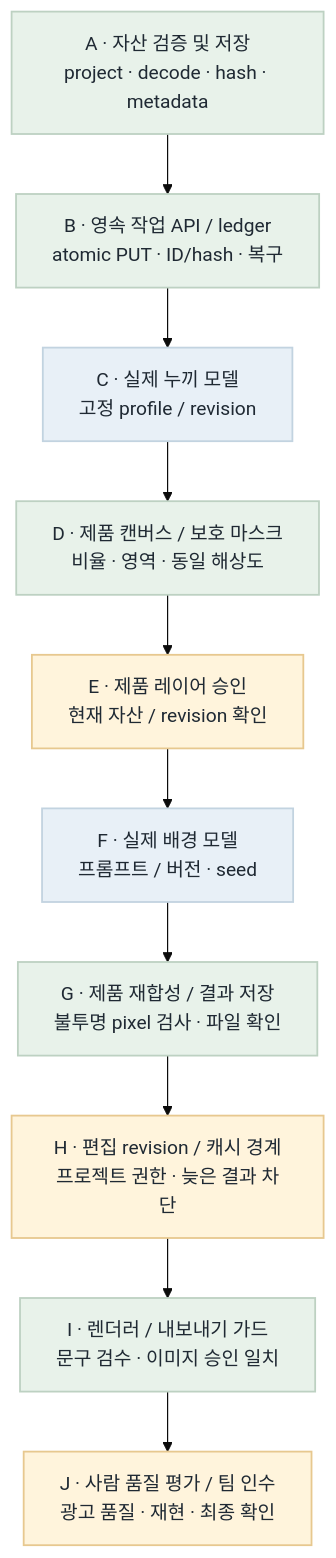
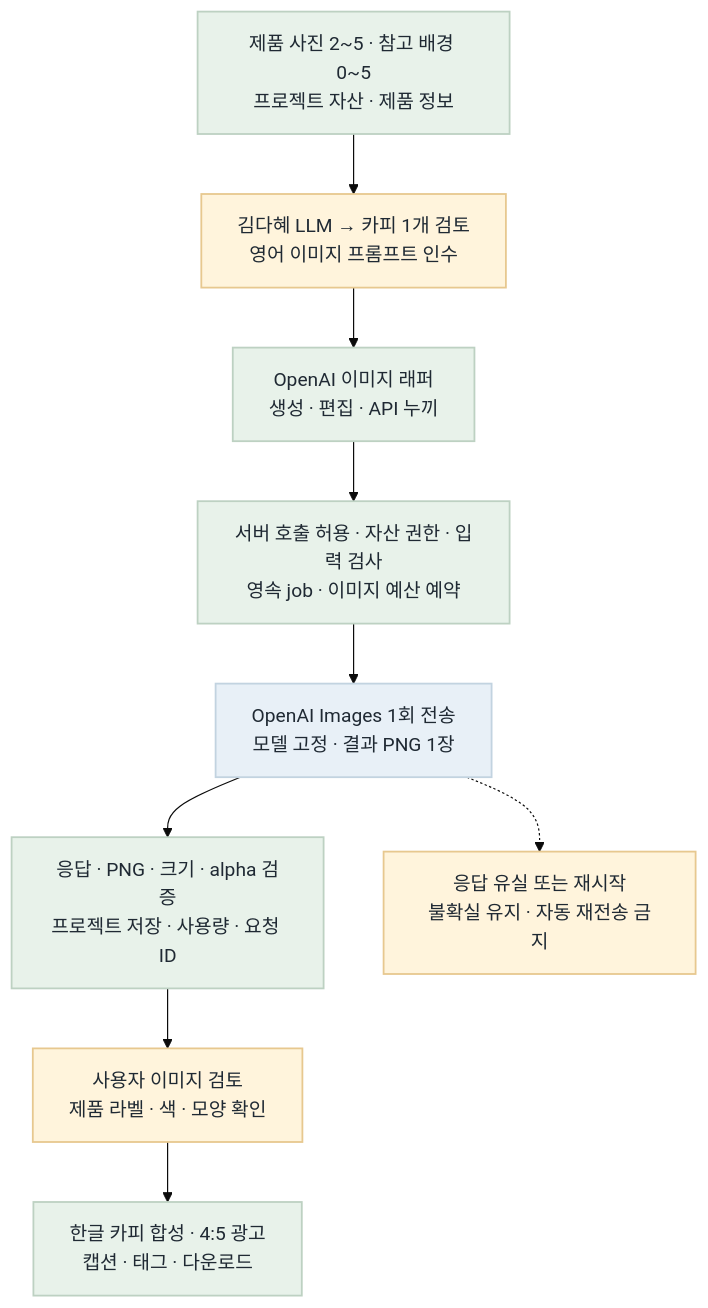
One commit to uyt5041-lab/beauty-ai-models changed the first of 2 diagrams in fivecircles/architecture/spec/image-runtime-flow.md. Above: the diagram before and after it, drawn with Mermaid (base theme). The commit also changed other lines of this file and 43 other files, not shown here.

Commit message:
feat: add guarded OpenAI image wrappers and API cutout

````diff
--- a/fivecircles/architecture/spec/image-runtime-flow.md
+++ b/fivecircles/architecture/spec/image-runtime-flow.md
@@ -13,19 +9,19 @@
 ```mermaid
 flowchart TB
-    A["A · 자산 검증 및 저장<br/>project · decode · hash · metadata"]:::green
-    B["B · 영속 작업 API / ledger<br/>atomic PUT · ID/hash · 복구"]:::green
-    C["C · 실제 누끼 모델<br/>고정 profile / revision"]:::blue
-    D["D · 제품 캔버스 / 보호 마스크<br/>비율 · 영역 · 동일 해상도"]:::green
-    E["E · 제품 레이어 승인<br/>현재 자산 / revision 확인"]:::amber
-    F["F · 실제 배경 모델<br/>프롬프트 / 버전 · seed"]:::blue
-    G["G · 제품 재합성 / 결과 저장<br/>불투명 pixel 검사 · 파일 확인"]:::green
-    H["H · 편집 revision / 캐시 경계<br/>프로젝트 권한 · 늦은 결과 차단"]:::amber
-    I["I · 렌더러 / 내보내기 가드<br/>문구 검수 · 이미지 승인 일치"]:::green
-    J["J · 사람 품질 평가 / 팀 인수<br/>광고 품질 · 재현 · 최종 확인"]:::amber
-    A --> B --> C --> D --> E --> F --> G --> H --> I --> J
+ A["제품 사진 2~5 · 참고 배경 0~5<br/>프로젝트 자산 · 제품 정보"]:::green
+ B["김다혜 LLM → 카피 1개 검토<br/>영어 이미지 프롬프트 인수"]:::amber
+ C["OpenAI 이미지 래퍼<br/>생성 · 편집 · API 누끼"]:::green
+ D["서버 호출 허용 · 자산 권한 · 입력 검사<br/>영속 job · 이미지 예산 예약"]:::green
+ E["OpenAI Images 1회 전송<br/>모델 고정 · 결과 PNG 1장"]:::blue
+ F["응답 · PNG · 크기 · alpha 검증<br/>프로젝트 저장 · 사용량 · 요청 ID"]:::green
+ U["응답 유실 또는 재시작<br/>불확실 유지 · 자동 재전송 금지"]:::amber
+ G["사용자 이미지 검토<br/>제품 라벨 · 색 · 모양 확인"]:::amber
+ H["한글 카피 합성 · 4:5 광고<br/>캡션 · 태그 · 다운로드"]:::green
+ A --> B --> C --> D --> E --> F --> G --> H
+ E -.-> U
 classDef green fill:#e8f2ea,stroke:#bdd1c2,color:#1f2933,stroke-width:1.5px
 classDef blue fill:#e8f0f7,stroke:#c2d3e0,color:#1f2933,stroke-width:1.5px
 classDef amber fill:#fff4dc,stroke:#e7c88f,color:#1f2933,stroke-width:1.5px
 classDef red fill:#fde9e6,stroke:#e8bab5,color:#1f2933,stroke-width:1.5px
 classDef gray fill:#eef1ed,stroke:#d8e0da,color:#1f2933,stroke-width:1.5px
 ```
````
